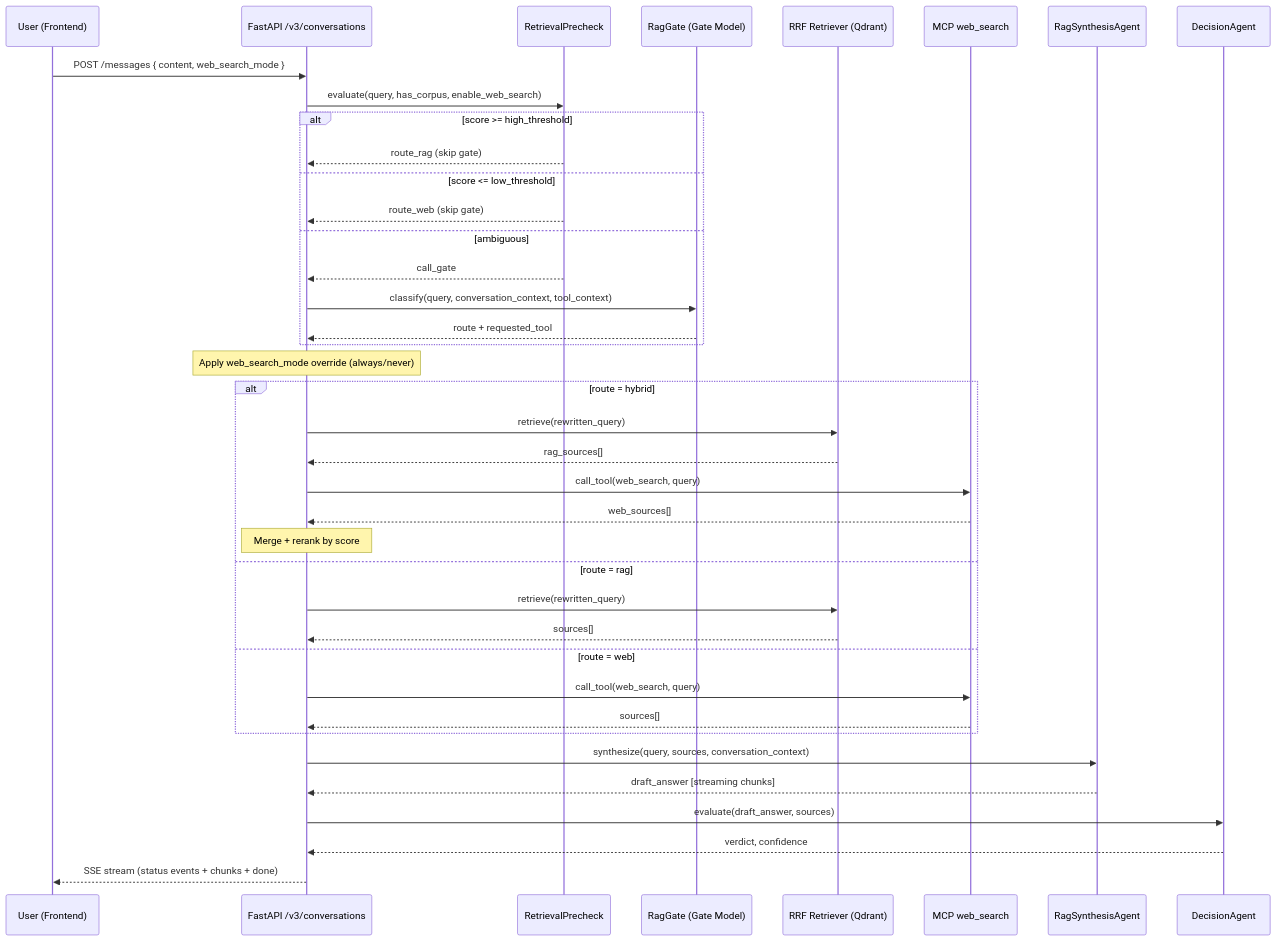
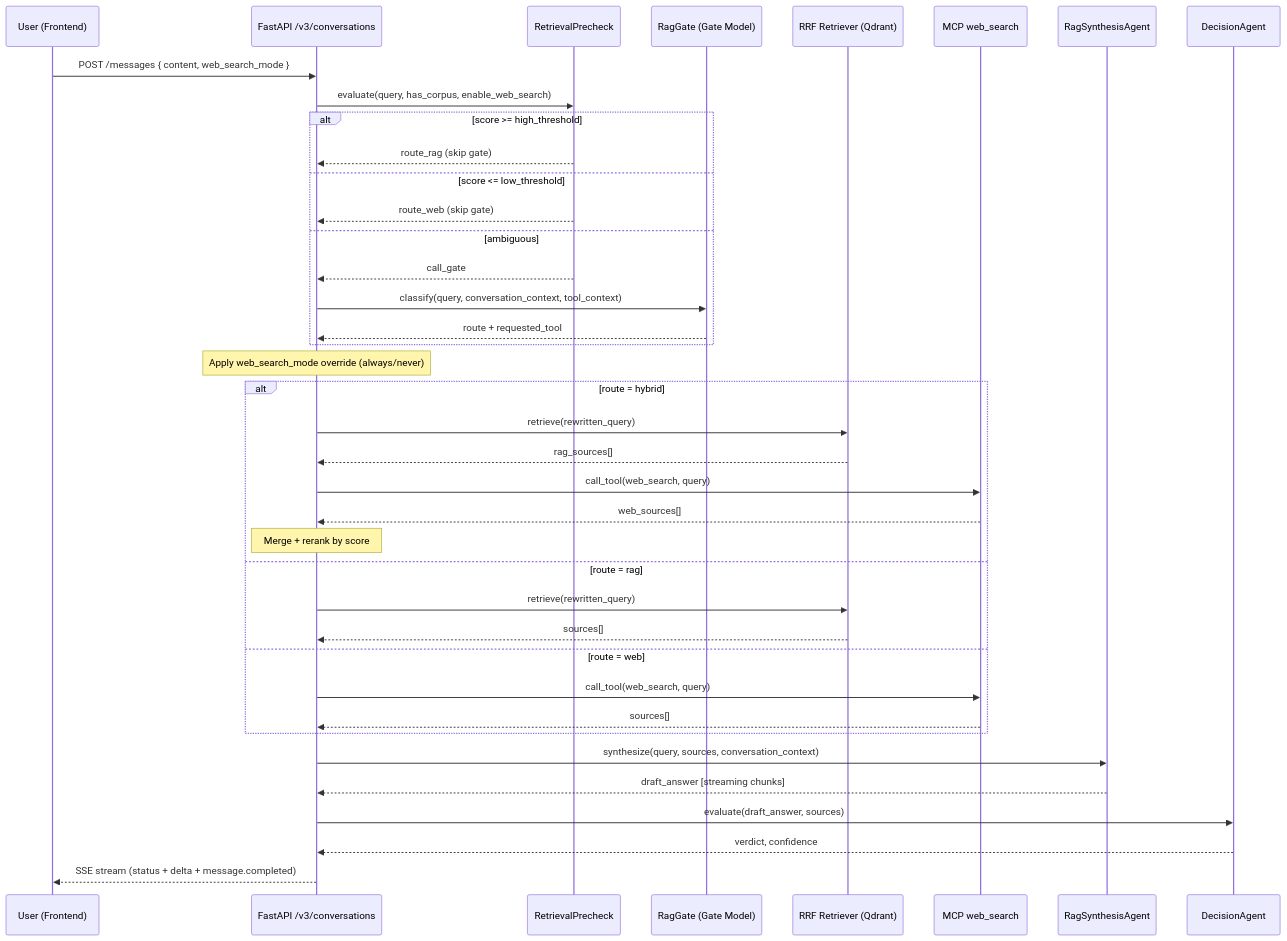
One commit to OmgItsAmmer/Scrutinize changed the sixth of 6 diagrams in docs/architecture/architecture.md. Above: the diagram before and after it, drawn with Mermaid. The commit also changed other lines of this file and 9 other files, not shown here.

````diff
--- a/docs/architecture/architecture.md
+++ b/docs/architecture/architecture.md
@@ -311,45 +379,45 @@
 ```mermaid
 sequenceDiagram
     participant U as User (Frontend)
     participant API as FastAPI /v3/conversations
     participant PRE as RetrievalPrecheck
     participant G as RagGate (Gate Model)
     participant RAG as RRF Retriever (Qdrant)
     participant WEB as MCP web_search
     participant S as RagSynthesisAgent
     participant D as DecisionAgent
 
     U->>API: POST /messages { content, web_search_mode }
     API->>PRE: evaluate(query, has_corpus, enable_web_search)
     alt score >= high_threshold
         PRE-->>API: route_rag (skip gate)
     else score <= low_threshold
         PRE-->>API: route_web (skip gate)
     else ambiguous
         PRE-->>API: call_gate
         API->>G: classify(query, conversation_context, tool_context)
         G-->>API: route + requested_tool
     end
     Note over API: Apply web_search_mode override (always/never)
     
     alt route = hybrid
         API->>RAG: retrieve(rewritten_query)
         RAG-->>API: rag_sources[]
         API->>WEB: call_tool(web_search, query)
         WEB-->>API: web_sources[]
         Note over API: Merge + rerank by score
     else route = rag
         API->>RAG: retrieve(rewritten_query)
         RAG-->>API: sources[]
     else route = web
         API->>WEB: call_tool(web_search, query)
         WEB-->>API: sources[]
     end
 
     API->>S: synthesize(query, sources, conversation_context)
     S-->>API: draft_answer [streaming chunks]
     API->>D: evaluate(draft_answer, sources)
     D-->>API: verdict, confidence
 
-    API-->>U: SSE stream (status events + chunks + done)
+    API-->>U: SSE stream (status + delta + message.completed)
 ```
````
